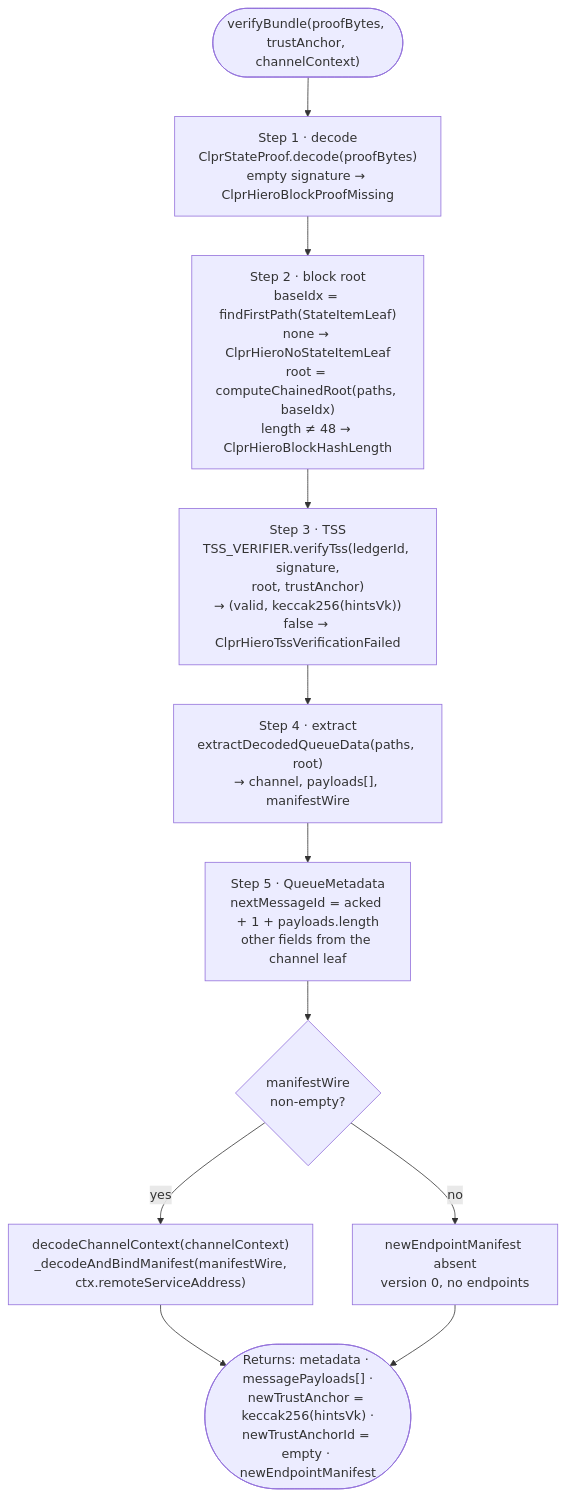
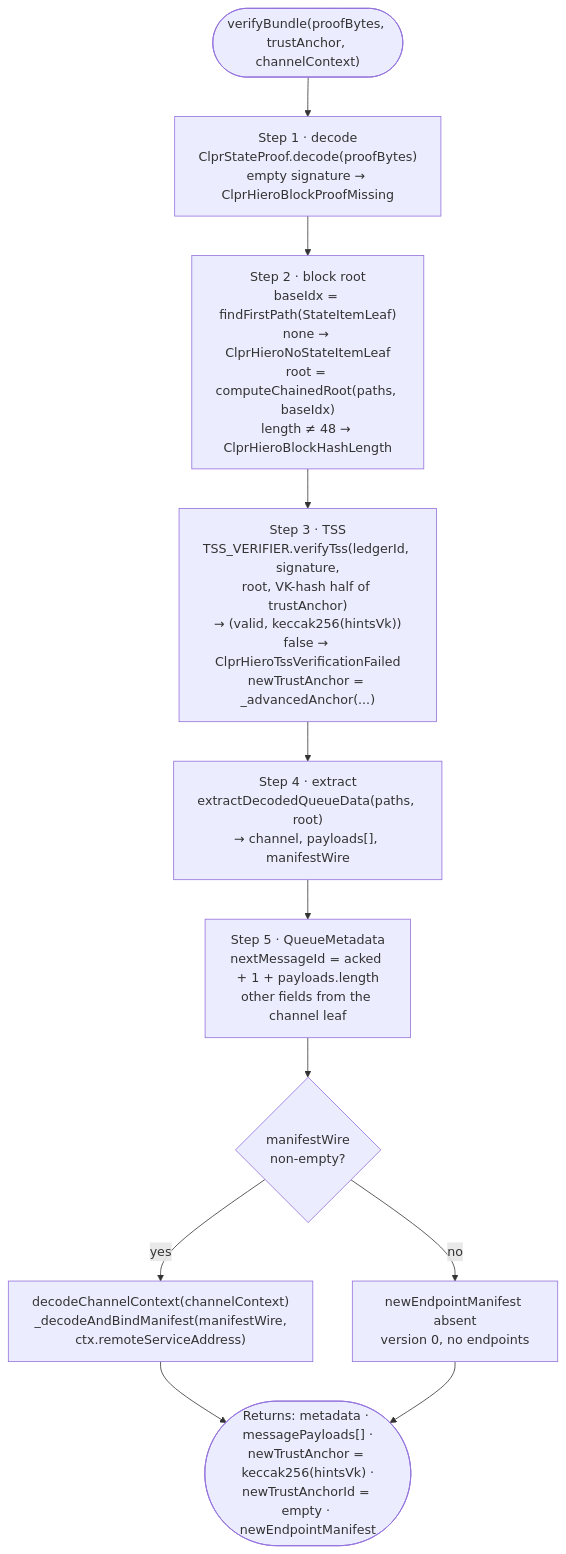
Before and after one commit to LFDT-CLPR/clpr-smart-contracts: the fourth of 7 diagrams in src/verifiers/hiero/hiero-verifier.md, drawn with Mermaid. The commit also changed other lines of this file and 7 other files, not shown here.

Commit message:
fix: trustAnchor regression

````diff
--- a/src/verifiers/hiero/hiero-verifier.md
+++ b/src/verifiers/hiero/hiero-verifier.md
@@ -189,15 +191,15 @@
 ```mermaid
 flowchart TD
     START(["verifyBundle(proofBytes, trustAnchor, channelContext)"]) --> S1
     S1["Step 1 · decode<br/>ClprStateProof.decode(proofBytes)<br/>empty signature → ClprHieroBlockProofMissing"] --> S2
     S2["Step 2 · block root<br/>baseIdx = findFirstPath(StateItemLeaf)<br/>none → ClprHieroNoStateItemLeaf<br/>root = computeChainedRoot(paths, baseIdx)<br/>length ≠ 48 → ClprHieroBlockHashLength"] --> S3
-    S3["Step 3 · TSS<br/>TSS_VERIFIER.verifyTss(ledgerId, signature,<br/>root, trustAnchor)<br/>→ (valid, keccak256(hintsVk))<br/>false → ClprHieroTssVerificationFailed"] --> S4
+    S3["Step 3 · TSS<br/>TSS_VERIFIER.verifyTss(ledgerId, signature,<br/>root, VK-hash half of trustAnchor)<br/>→ (valid, keccak256(hintsVk))<br/>false → ClprHieroTssVerificationFailed<br/>newTrustAnchor = _advancedAnchor(...)"] --> S4
     S4["Step 4 · extract<br/>extractDecodedQueueData(paths, root)<br/>→ channel, payloads[], manifestWire"] --> S5
     S5["Step 5 · QueueMetadata<br/>nextMessageId = acked + 1 + payloads.length<br/>other fields from the channel leaf"] --> S6
     S6{"manifestWire<br/>non-empty?"}
     S6 -->|"yes"| S6A["decodeChannelContext(channelContext)<br/>_decodeAndBindManifest(manifestWire,<br/>ctx.remoteServiceAddress)"]
     S6 -->|"no"| S6B["newEndpointManifest absent<br/>version 0, no endpoints"]
     S6A --> OUT
     S6B --> OUT
     OUT(["Returns: metadata · messagePayloads[] ·<br/>newTrustAnchor = keccak256(hintsVk) ·<br/>newTrustAnchorId = empty · newEndpointManifest"])
 ```
````
